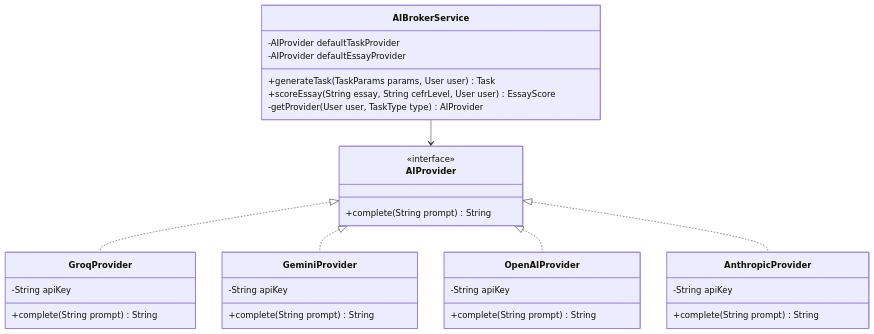
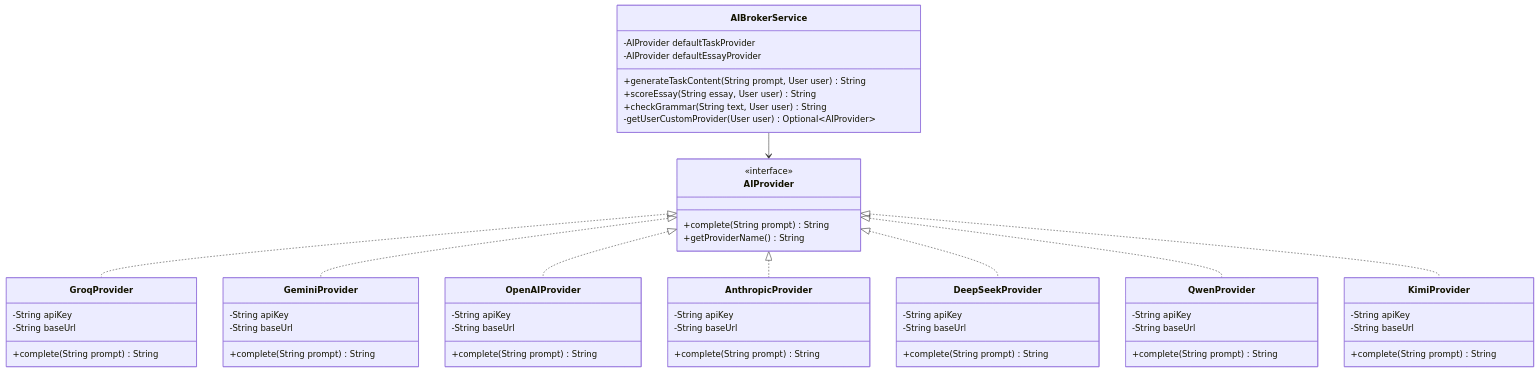
One commit to botmaksim/lingua-optima changed the second of 6 diagrams in docs/AI_INTEGRATION.md. Above: the diagram before and after it, drawn with Mermaid. The commit also changed other lines of this file and 18 other files, not shown here.

Commit message:
feat(ai): add Chinese providers (DeepSeek, Qwen, Kimi), proxy routing, and comprehensive documentation

````diff
--- a/docs/AI_INTEGRATION.md
+++ b/docs/AI_INTEGRATION.md
@@ -28,41 +87,68 @@
 ```mermaid
 classDiagram
     class AIBrokerService {
         -AIProvider defaultTaskProvider
         -AIProvider defaultEssayProvider
-        +generateTask(TaskParams params, User user) Task
-        +scoreEssay(String essay, String cefrLevel, User user) EssayScore
-        -getProvider(User user, TaskType type) AIProvider
+        +generateTaskContent(String prompt, User user) String
+        +scoreEssay(String essay, User user) String
+        +checkGrammar(String text, User user) String
+        -getUserCustomProvider(User user) Optional~AIProvider~
     }
     
     class AIProvider {
         <<interface>>
         +complete(String prompt) String
+        +getProviderName() String
     }
     
     class GroqProvider {
         -String apiKey
+        -String baseUrl
         +complete(String prompt) String
     }
     
     class GeminiProvider {
         -String apiKey
+        -String baseUrl
         +complete(String prompt) String
     }
     
     class OpenAIProvider {
         -String apiKey
+        -String baseUrl
         +complete(String prompt) String
     }
     
     class AnthropicProvider {
         -String apiKey
+        -String baseUrl
+        +complete(String prompt) String
+    }
+
+    class DeepSeekProvider {
+        -String apiKey
+        -String baseUrl
+        +complete(String prompt) String
+    }
+
+    class QwenProvider {
+        -String apiKey
+        -String baseUrl
+        +complete(String prompt) String
+    }
+
+    class KimiProvider {
+        -String apiKey
+        -String baseUrl
         +complete(String prompt) String
     }
     
     AIBrokerService --> AIProvider
     AIProvider <|.. GroqProvider
     AIProvider <|.. GeminiProvider
     AIProvider <|.. OpenAIProvider
     AIProvider <|.. AnthropicProvider
+    AIProvider <|.. DeepSeekProvider
+    AIProvider <|.. QwenProvider
+    AIProvider <|.. KimiProvider
 ```
````
